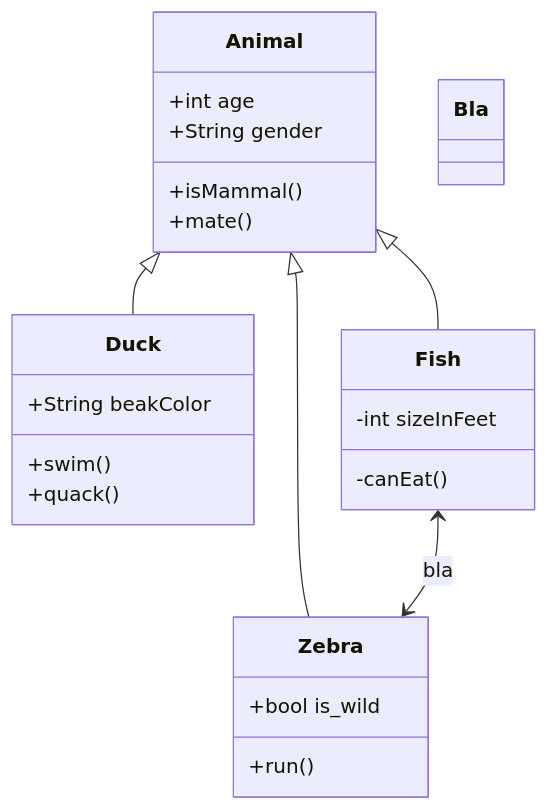
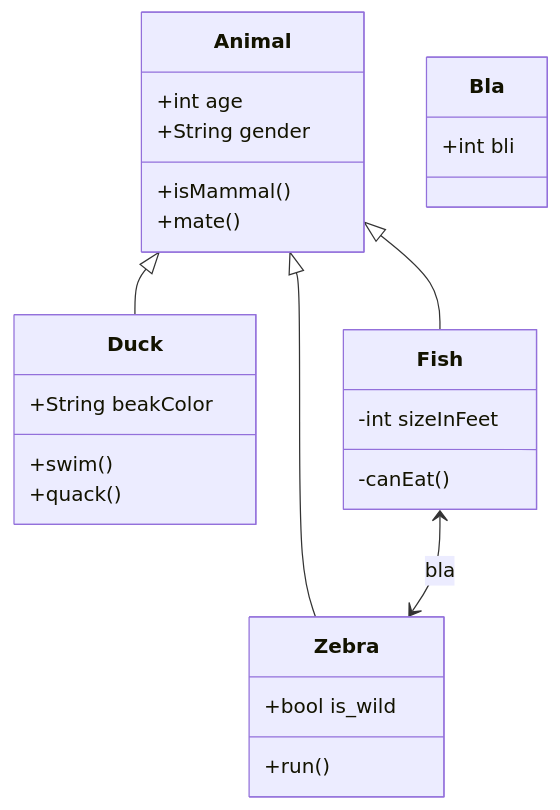
Before and after one commit to DataCoveEU/FAIRiTRASH: the diagram in README.md, drawn with Mermaid.

````diff
--- a/README.md
+++ b/README.md
@@ -4,28 +4,30 @@
 ```mermaid
 classDiagram
     Animal <|-- Duck
     Animal <|-- Fish
     Animal <|-- Zebra
     Animal : +int age
     Animal : +String gender
     Animal: +isMammal()
     Animal: +mate()
     
     class Duck{
       +String beakColor
       +swim()
       +quack()
     }
     class Fish{
       -int sizeInFeet
       -canEat()
     }
     class Zebra{
       +bool is_wild
       +run()
     }
-    class Bla{}
+    class Bla{
+      +int bli
+    }
 
 
     Fish <--> Zebra: bla
 ```
````
